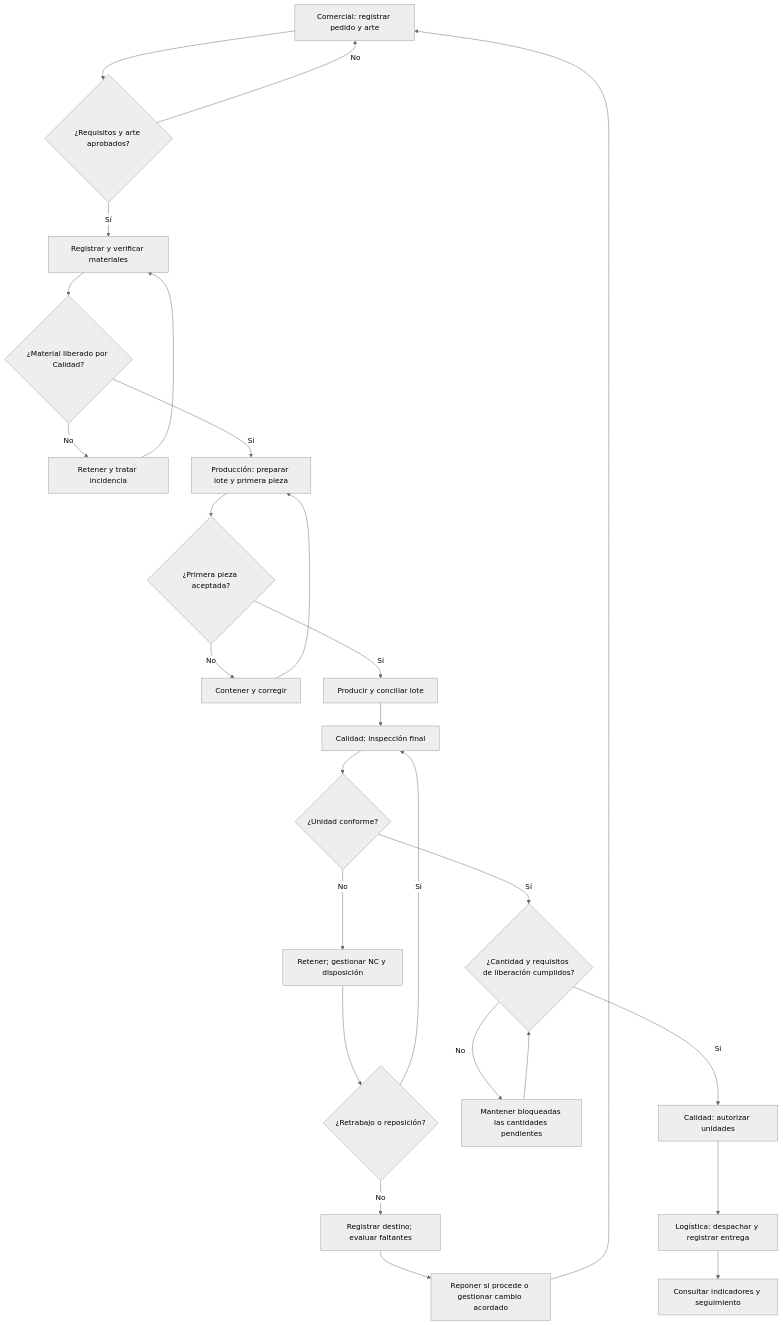
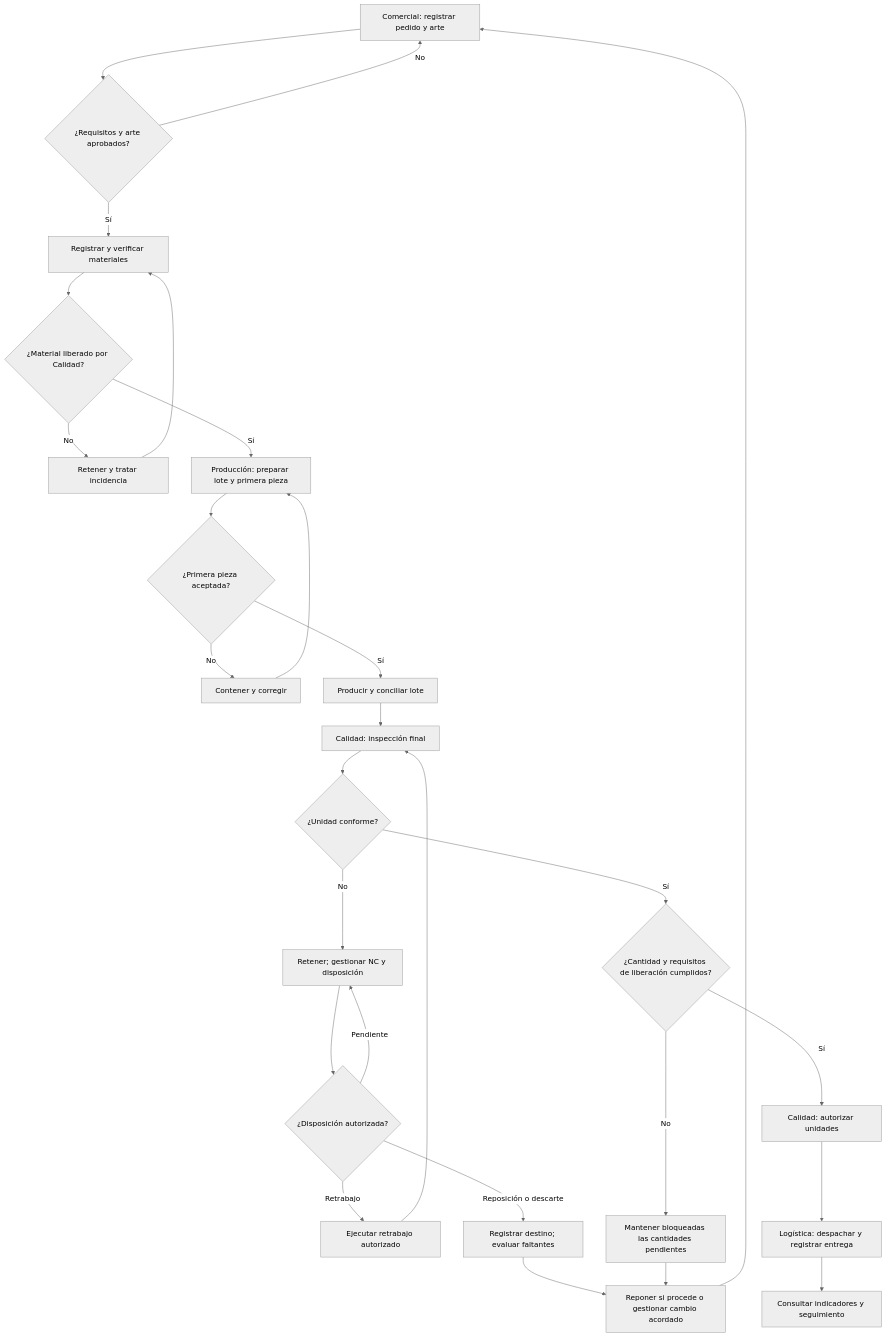
Before and after one commit to MartinValenzu/SISTEMA-DE-GESTION-DE-CALIDAD-QualityPrint-FICTICIA-: the first of 3 diagrams in docs/03_requisitos/DOC-QP-013_analisis_del_funcionamiento.md, drawn with Mermaid (neutral theme). The commit also changed other lines of this file, not shown here.

Commit message:
Precisar flujos de contención, retrabajo y reposición

````diff
--- a/docs/03_requisitos/DOC-QP-013_analisis_del_funcionamiento.md
+++ b/docs/03_requisitos/DOC-QP-013_analisis_del_funcionamiento.md
@@ -27,28 +27,30 @@
 ```mermaid
 flowchart TD
  A["Comercial: registrar pedido y arte"] --> B{"¿Requisitos y arte aprobados?"}
  B -->|No| A
  B -->|Sí| C["Registrar y verificar materiales"]
  C --> D{"¿Material liberado por Calidad?"}
  D -->|No| E["Retener y tratar incidencia"]
  E --> C
  D -->|Sí| F["Producción: preparar lote y primera pieza"]
  F --> G{"¿Primera pieza aceptada?"}
  G -->|No| H["Contener y corregir"]
  H --> F
  G -->|Sí| I["Producir y conciliar lote"]
  I --> J["Calidad: inspección final"]
  J --> K{"¿Unidad conforme?"}
  K -->|No| L["Retener; gestionar NC y disposición"]
- L --> M{"¿Retrabajo o reposición?"}
- M -->|Sí| J
- M -->|No| N["Registrar destino; evaluar faltantes"]
+ L --> M{"¿Disposición autorizada?"}
+ M -->|Retrabajo| X["Ejecutar retrabajo autorizado"]
+ X --> J
+ M -->|Reposición o descarte| N["Registrar destino; evaluar faltantes"]
+ M -->|Pendiente| L
  N --> O["Reponer si procede o gestionar cambio acordado"]
  O --> A
  K -->|Sí| P{"¿Cantidad y requisitos de liberación cumplidos?"}
  P -->|No| Q["Mantener bloqueadas las cantidades pendientes"]
- Q --> P
+ Q --> O
  P -->|Sí| R["Calidad: autorizar unidades"]
  R --> S["Logística: despachar y registrar entrega"]
  S --> T["Consultar indicadores y seguimiento"]
 ```
````
